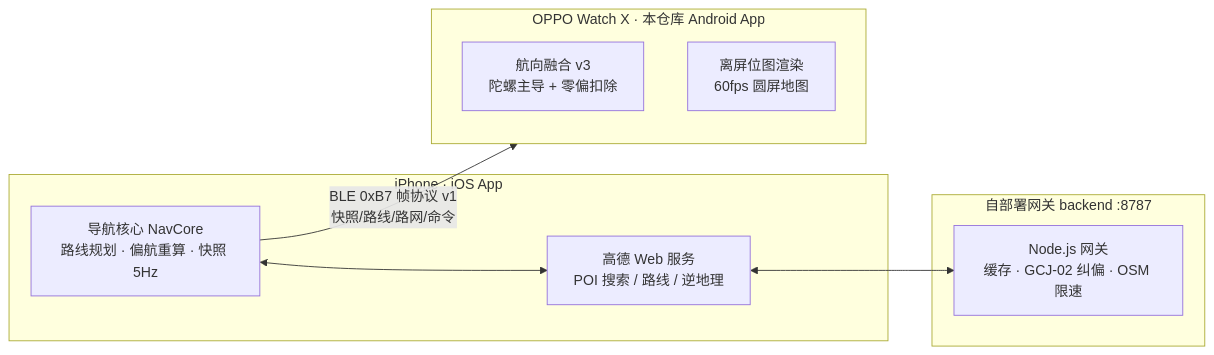
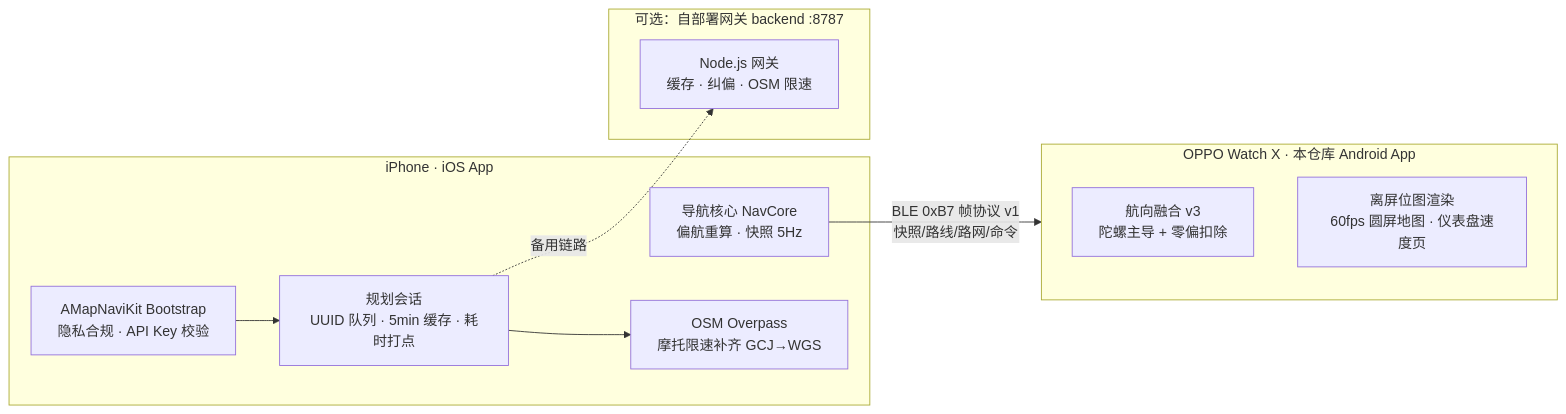
Before and after one commit to longzhihuo3/moto-gps-waveshare: the diagram in README.md, drawn with Mermaid. The commit also changed other lines of this file and 11 other files, not shown here.

````diff
--- a/README.md
+++ b/README.md
@@ -35,17 +36,20 @@
 ```mermaid
 flowchart LR
     subgraph iPhone["iPhone · iOS App"]
-        CORE[导航核心 NavCore<br/>路线规划 · 偏航重算 · 快照 5Hz]
-        AMAP[高德 Web 服务<br/>POI 搜索 / 路线 / 逆地理]
+        BOOT[AMapNaviKit Bootstrap<br/>隐私合规 · API Key 校验]
+        SESSION[规划会话<br/>UUID 队列 · 5min 缓存 · 耗时打点]
+        CORE[导航核心 NavCore<br/>偏航重算 · 快照 5Hz]
+        OSM[OSM Overpass<br/>摩托限速补齐 GCJ→WGS]
     end
-    subgraph GW["自部署网关 backend :8787"]
-        NODE[Node.js 网关<br/>缓存 · GCJ-02 纠偏 · OSM 限速]
+    subgraph GW["可选：自部署网关 backend :8787"]
+        NODE[Node.js 网关<br/>缓存 · 纠偏 · OSM 限速]
     end
     subgraph WATCH["OPPO Watch X · 本仓库 Android App"]
         FUSION[航向融合 v3<br/>陀螺主导 + 零偏扣除]
-        RENDER[离屏位图渲染<br/>60fps 圆屏地图]
+        RENDER[离屏位图渲染<br/>60fps 圆屏地图 · 仪表盘速度页]
     end
-    AMAP <--> NODE
-    CORE <--> AMAP
+    BOOT --> SESSION
+    SESSION --> OSM
+    SESSION -."备用链路".-> NODE
     CORE -- "BLE 0xB7 帧协议 v1<br/>快照/路线/路网/命令" --> WATCH
 ```
````
